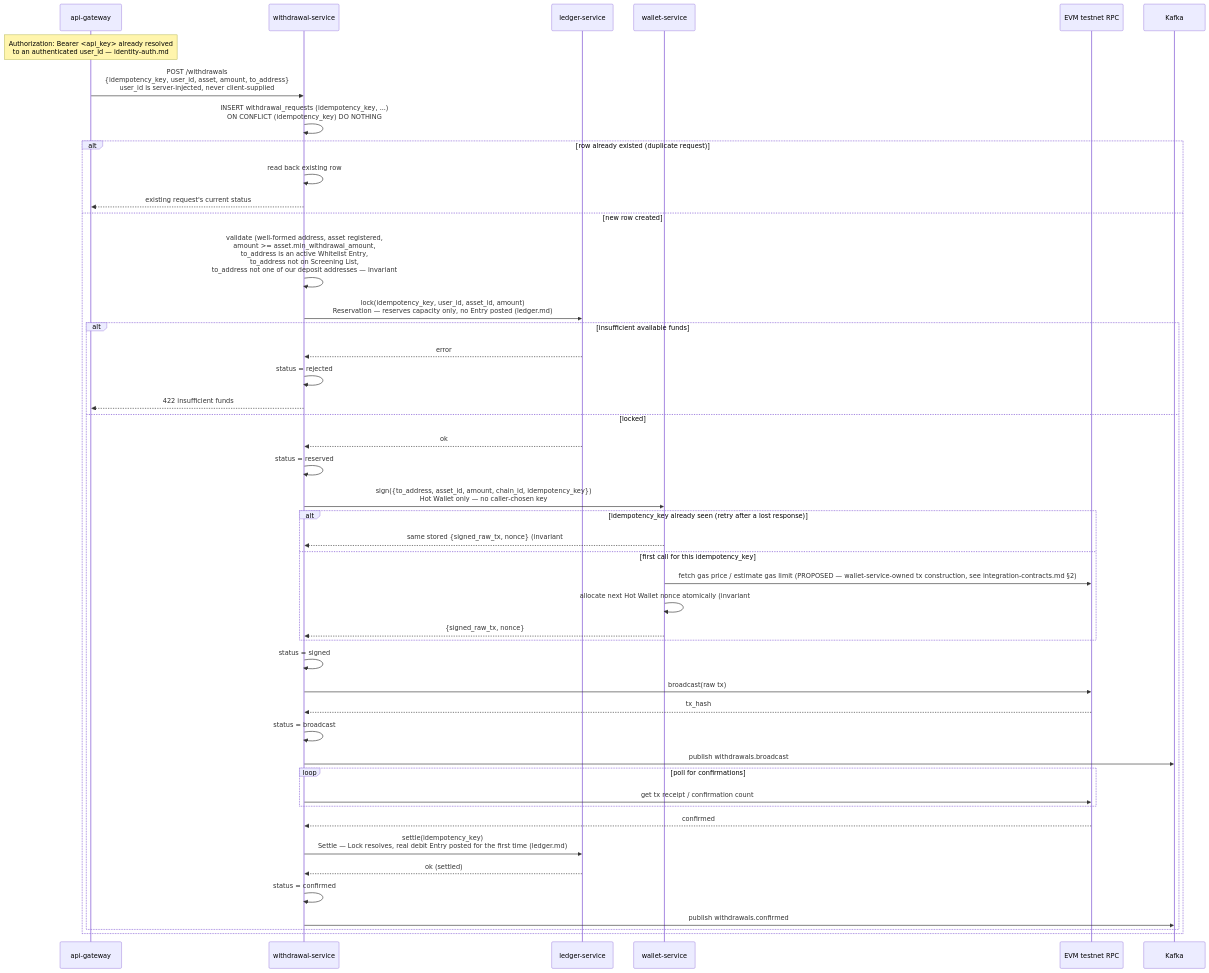
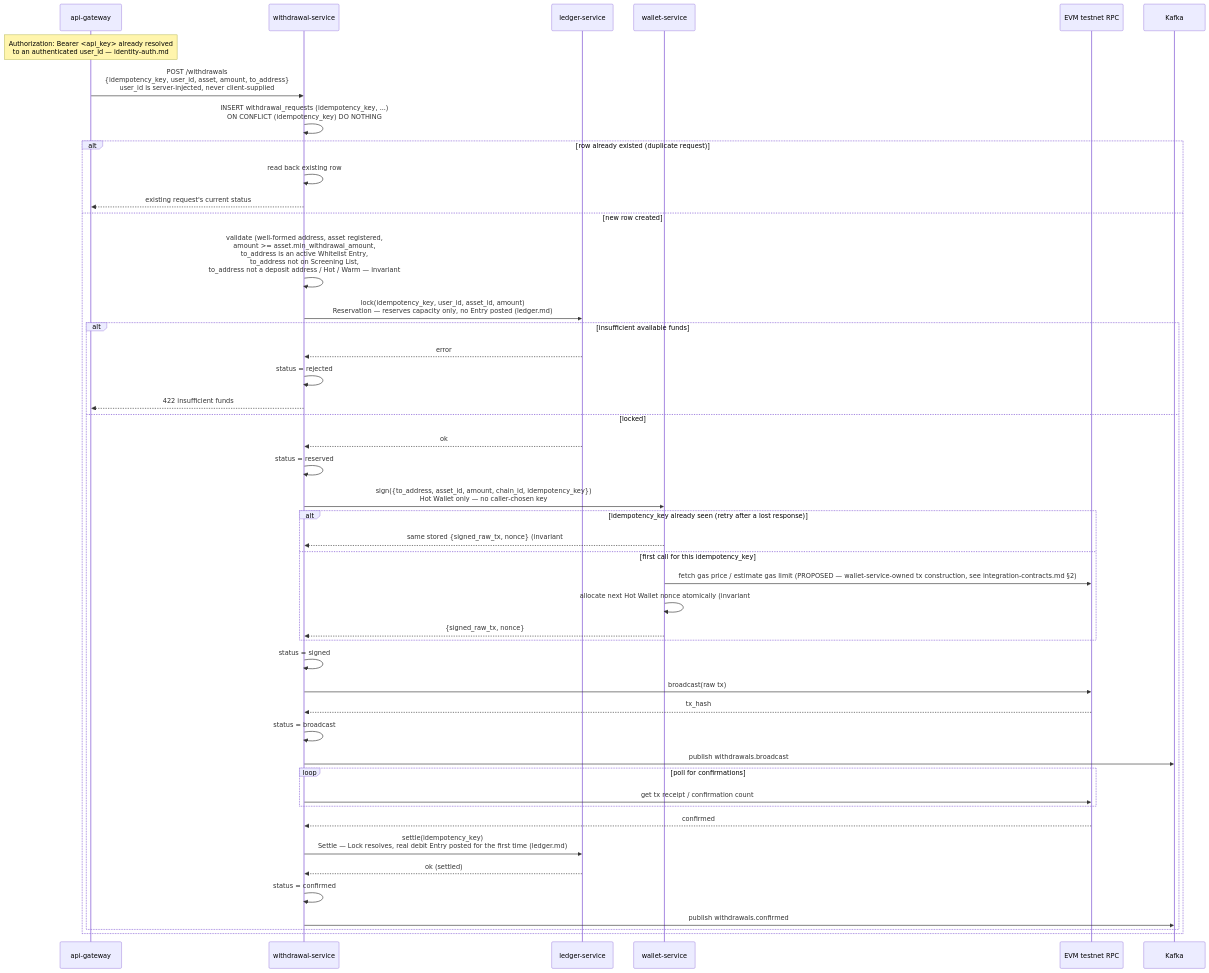
Before and after one commit to VuKhuongDuy/DigiWal: the first of 4 diagrams in docs/design/withdrawal-flow.md, drawn with Mermaid. The commit also changed other lines of this file and 6 other files, not shown here.

First line of the commit message:
withdrawal-flow, integration-contracts, service-auth-mtls: record M3 Tech Lead decisions

````diff
--- a/docs/design/withdrawal-flow.md
+++ b/docs/design/withdrawal-flow.md
@@ -417,49 +554,49 @@
 ```mermaid
 sequenceDiagram
     participant Gateway as api-gateway
     participant WD as withdrawal-service
     participant Ledger as ledger-service
     participant Wallet as wallet-service
     participant RPC as EVM testnet RPC
     participant Kafka
 
     Note over Gateway: Authorization: Bearer <api_key> already resolved<br/>to an authenticated user_id — identity-auth.md
     Gateway->>WD: POST /withdrawals<br/>{idempotency_key, user_id, asset, amount, to_address}<br/>user_id is server-injected, never client-supplied
     WD->>WD: INSERT withdrawal_requests (idempotency_key, ...)<br/>ON CONFLICT (idempotency_key) DO NOTHING
     alt row already existed (duplicate request)
         WD->>WD: read back existing row
         WD-->>Gateway: existing request's current status
     else new row created
-        WD->>WD: validate (well-formed address, asset registered,<br/>amount >= asset.min_withdrawal_amount,<br/>to_address is an active Whitelist Entry,<br/>to_address not on Screening List,<br/>to_address not one of our deposit addresses — invariant #18)
+        WD->>WD: validate (well-formed address, asset registered,<br/>amount >= asset.min_withdrawal_amount,<br/>to_address is an active Whitelist Entry,<br/>to_address not on Screening List,<br/>to_address not a deposit address / Hot / Warm — invariant #18)
         WD->>Ledger: lock(idempotency_key, user_id, asset_id, amount)<br/>Reservation — reserves capacity only, no Entry posted (ledger.md)
         alt insufficient available funds
             Ledger-->>WD: error
             WD->>WD: status = rejected
             WD-->>Gateway: 422 insufficient funds
         else locked
             Ledger-->>WD: ok
             WD->>WD: status = reserved
             WD->>Wallet: sign({to_address, asset_id, amount, chain_id, idempotency_key})<br/>Hot Wallet only — no caller-chosen key
             alt idempotency_key already seen (retry after a lost response)
                 Wallet-->>WD: same stored {signed_raw_tx, nonce} (invariant #16) — no new nonce allocated
             else first call for this idempotency_key
                 Wallet->>RPC: fetch gas price / estimate gas limit (PROPOSED — wallet-service-owned tx construction, see integration-contracts.md §2)
                 Wallet->>Wallet: allocate next Hot Wallet nonce atomically (invariant #6)<br/>persist (idempotency_key -> nonce, signed_raw_tx) (invariant #16)
                 Wallet-->>WD: {signed_raw_tx, nonce}
             end
             WD->>WD: status = signed
             WD->>RPC: broadcast(raw tx)
             RPC-->>WD: tx_hash
             WD->>WD: status = broadcast
             WD->>Kafka: publish withdrawals.broadcast
             loop poll for confirmations
                 WD->>RPC: get tx receipt / confirmation count
             end
             RPC-->>WD: confirmed
             WD->>Ledger: settle(idempotency_key)<br/>Settle — Lock resolves, real debit Entry posted for the first time (ledger.md)
             Ledger-->>WD: ok (settled)
             WD->>WD: status = confirmed
             WD->>Kafka: publish withdrawals.confirmed
         end
     end
 ```
````
